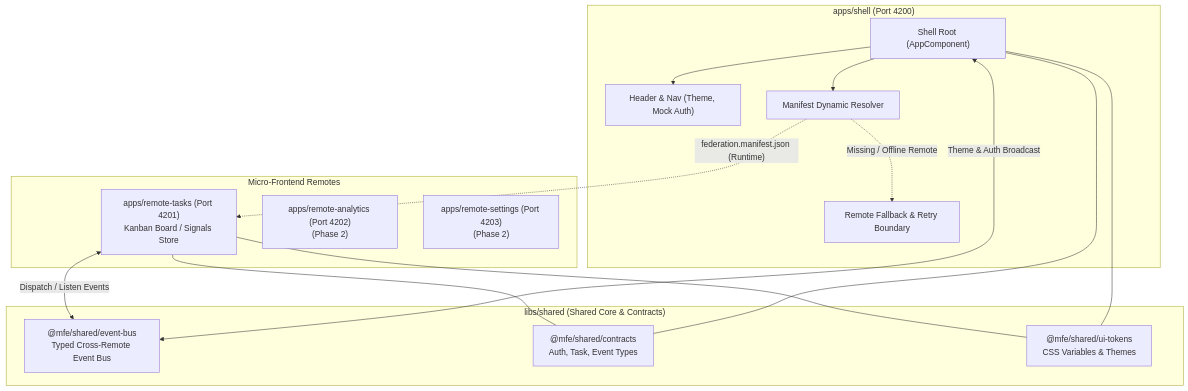
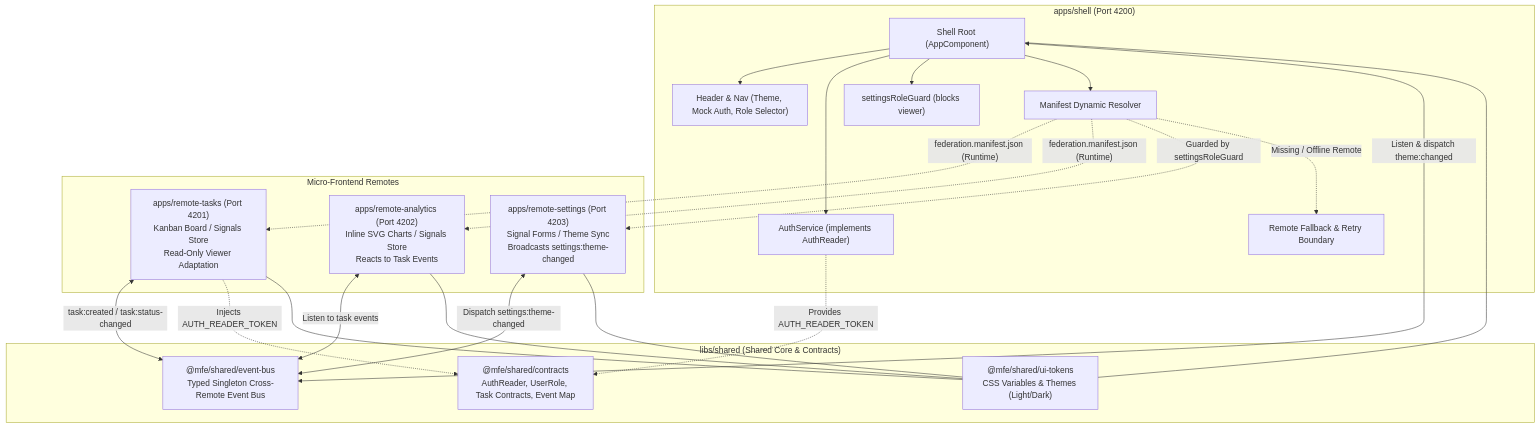
Before and after one commit to vinothn14/ang-mfe-command-center: the diagram in README.md, drawn with Mermaid. The commit also changed other lines of this file, not shown here.

Commit message:
docs: update README with Phase 2 architecture, decisions, and roadmap

````diff
--- a/README.md
+++ b/README.md
@@ -19,33 +26,45 @@
 ```mermaid
 flowchart TD
     subgraph Host ["apps/shell (Port 4200)"]
         ShellRoot["Shell Root (AppComponent)"]
-        Nav["Header & Nav (Theme, Mock Auth)"]
+        Nav["Header & Nav (Theme, Mock Auth, Role Selector)"]
+        AuthService["AuthService (implements AuthReader)"]
+        RoleGuard["settingsRoleGuard (blocks viewer)"]
         ManifestLoader["Manifest Dynamic Resolver"]
         Fallback["Remote Fallback & Retry Boundary"]
     end
 
     subgraph Remotes ["Micro-Frontend Remotes"]
-        TasksMFE["apps/remote-tasks (Port 4201)<br/>Kanban Board / Signals Store"]
-        AnalyticsMFE["apps/remote-analytics (Port 4202)<br/>(Phase 2)"]
-        SettingsMFE["apps/remote-settings (Port 4203)<br/>(Phase 2)"]
+        TasksMFE["apps/remote-tasks (Port 4201)<br/>Kanban Board / Signals Store<br/>Read-Only Viewer Adaptation"]
+        AnalyticsMFE["apps/remote-analytics (Port 4202)<br/>Inline SVG Charts / Signals Store<br/>Reacts to Task Events"]
+        SettingsMFE["apps/remote-settings (Port 4203)<br/>Signal Forms / Theme Sync<br/>Broadcasts settings:theme-changed"]
     end
 
     subgraph SharedLibs ["libs/shared (Shared Core & Contracts)"]
-        EventBus["@mfe/shared/event-bus<br/>Typed Cross-Remote Event Bus"]
-        Contracts["@mfe/shared/contracts<br/>Auth, Task, Event Types"]
-        Tokens["@mfe/shared/ui-tokens<br/>CSS Variables & Themes"]
+        EventBus["@mfe/shared/event-bus<br/>Typed Singleton Cross-Remote Event Bus"]
+        Contracts["@mfe/shared/contracts<br/>AuthReader, UserRole, Task Contracts, Event Map"]
+        Tokens["@mfe/shared/ui-tokens<br/>CSS Variables & Themes (Light/Dark)"]
     end
 
     ShellRoot --> Nav
+    ShellRoot --> AuthService
+    ShellRoot --> RoleGuard
     ShellRoot --> ManifestLoader
+
     ManifestLoader -.->|"federation.manifest.json (Runtime)"| TasksMFE
+    ManifestLoader -.->|"federation.manifest.json (Runtime)"| AnalyticsMFE
+    ManifestLoader -.->|"Guarded by settingsRoleGuard"| SettingsMFE
     ManifestLoader -.->|"Missing / Offline Remote"| Fallback
 
-    TasksMFE <-->|"Dispatch / Listen Events"| EventBus
-    ShellRoot <-->|"Theme & Auth Broadcast"| EventBus
-    TasksMFE --- Contracts
-    ShellRoot --- Contracts
+    TasksMFE <-->|"task:created / task:status-changed"| EventBus
+    AnalyticsMFE <-->|"Listen to task events"| EventBus
+    SettingsMFE <-->|"Dispatch settings:theme-changed"| EventBus
+    ShellRoot <-->|"Listen & dispatch theme:changed"| EventBus
+
+    AuthService -.->|"Provides AUTH_READER_TOKEN"| Contracts
+    TasksMFE -.->|"Injects AUTH_READER_TOKEN"| Contracts
+    ShellRoot --- Tokens
     TasksMFE --- Tokens
-    ShellRoot --- Tokens
+    AnalyticsMFE --- Tokens
+    SettingsMFE --- Tokens
 ```
````
